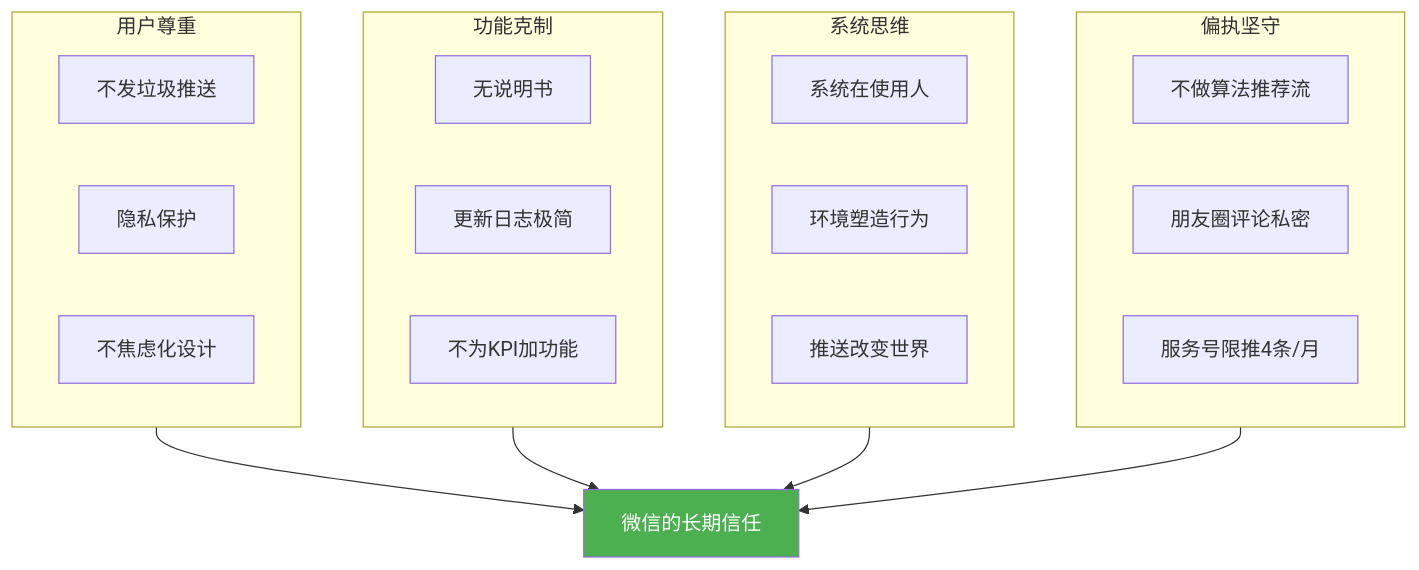
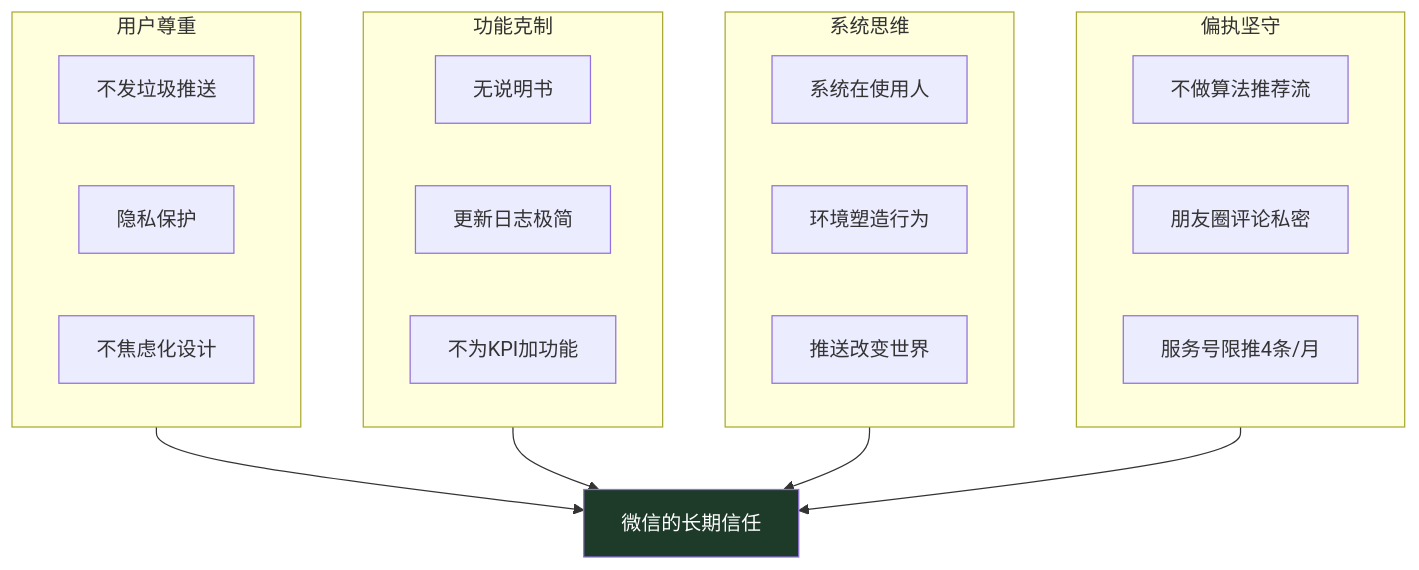
The third of 3 diagrams in content/philosophies/微信产品哲学.md (qinwenshi/wiki), drawn with Mermaid before and after one commit. The commit also changed other lines of this file and 13 other files, not shown here.

First line of the commit message:
Fix Mermaid theme: Catppuccin dark palette for all diagram types

````diff
--- a/content/philosophies/微信产品哲学.md
+++ b/content/philosophies/微信产品哲学.md
@@ -110,33 +110,33 @@
 ```mermaid
 graph TD
     subgraph 用户尊重
     A1[不发垃圾推送]
     A2[隐私保护]
     A3[不焦虑化设计]
     end
     
     subgraph 功能克制
     B1[无说明书]
     B2[更新日志极简]
     B3[不为KPI加功能]
     end
     
     subgraph 系统思维
     C1[系统在使用人]
     C2[环境塑造行为]
     C3[推送改变世界]
     end
     
     subgraph 偏执坚守
     D1[不做算法推荐流]
     D2[朋友圈评论私密]
     D3[服务号限推4条/月]
     end
     
     用户尊重 --> E[微信的长期信任]
     功能克制 --> E
     系统思维 --> E
     偏执坚守 --> E
     
-    style E fill:#4CAF50,color:#fff
+    style E fill:#1e3a28,color:#fff
 ```
````
